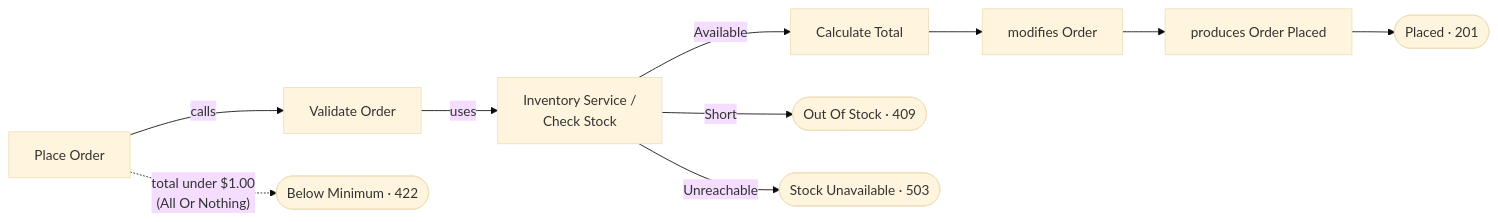
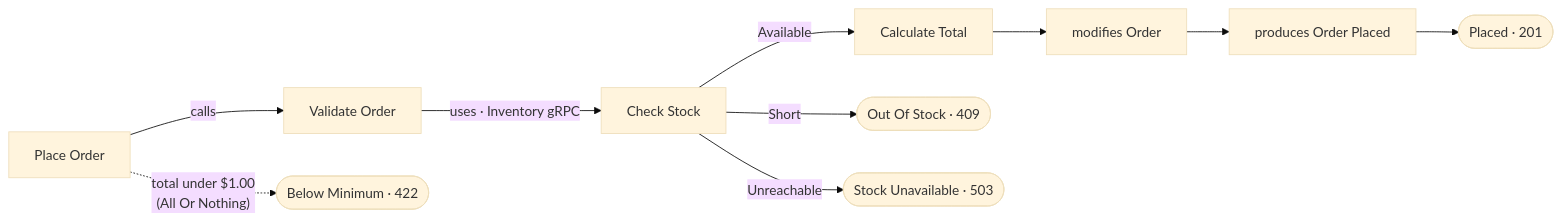
The eighth of 8 diagrams in contour.md (mykhailo-kulish/contour), drawn with Mermaid (base theme) before and after one commit. The commit also changed other lines of this file and 2 other files, not shown here.

````diff
--- a/contour.md
+++ b/contour.md
@@ -1263,10 +1333,10 @@
 ```mermaid
 graph LR
     PO[Place Order] -->|calls| VO[Validate Order]
-    VO -->|uses| CS["Inventory Service /<br/>Check Stock"]
+    VO -->|"uses · Inventory gRPC"| CS[Check Stock]
     CS -->|Available| CT[Calculate Total]
     CT --> M[modifies Order] --> P[produces Order Placed] --> OK(["Placed · 201"])
     CS -->|Short| OOS(["Out Of Stock · 409"])
     CS -->|Unreachable| SU(["Stock Unavailable · 503"])
     PO -.->|"total under $1.00<br/>(All Or Nothing)"| BM(["Below Minimum · 422"])
 ```
````
